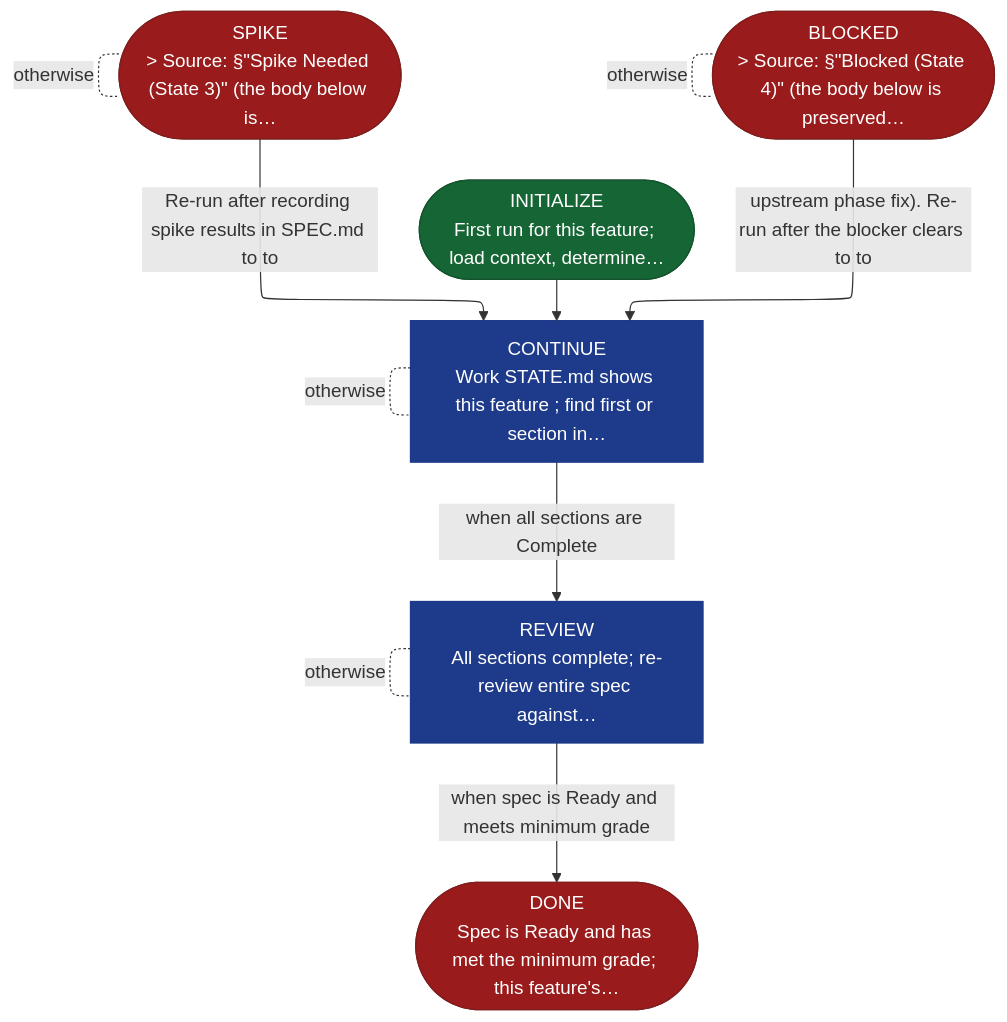
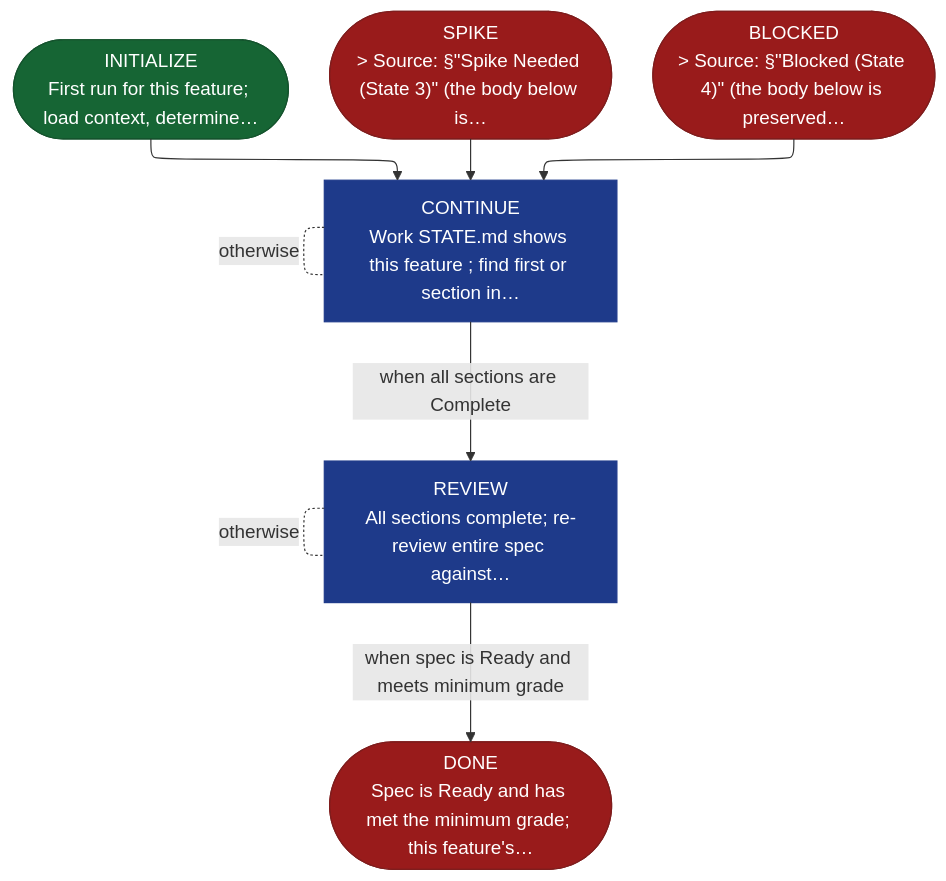
Before and after one commit to AndreVianna/aid-methodology: the diagram in site/src/content/docs/skills/aid-specify.md, drawn with Mermaid. The commit also changed 9 other files, not shown here.

````diff
--- a/site/src/content/docs/skills/aid-specify.md
+++ b/site/src/content/docs/skills/aid-specify.md
@@ -20,45 +20,43 @@
 ```mermaid
 ---
 config:
   layout: elk
   flowchart:
     nodeSpacing: 55
     rankSpacing: 65
     padding: 12
     useMaxWidth: true
 ---
 flowchart TB
   classDef aidNode color:#fff
   classDef aidEntry fill:#166534,stroke:#14532d,color:#fff
   classDef aidExit fill:#991b1b,stroke:#7f1d1d,color:#fff
   classDef aidDecision fill:#92400e,stroke:#78350f,color:#fff
   classDef aidLoopBack fill:#1e3a8a,stroke:#1e3a8a,color:#fff
   classDef aidStep fill:#1a2035,stroke:#d4a853,color:#f1f5f9
   n1(["INITIALIZE<br/>First run for this feature; load context, determine…"])
   n2["CONTINUE<br/>Work STATE.md shows this feature ; find first or section in…"]
   n3(["SPIKE<br/>&gt; Source: §&quot;Spike Needed (State 3)&quot; (the body below is…"])
   n4(["BLOCKED<br/>&gt; Source: §&quot;Blocked (State 4)&quot; (the body below is preserved…"])
   n5["REVIEW<br/>All sections complete; re-review entire spec against…"]
   n6(["DONE<br/>Spec is Ready and has met the minimum grade; this feature's…"])
   n1 --> n2
   n2 -. "otherwise" .- n2
   n2 -->|"when all sections are Complete"| n5
-  n3 -->|"Re-run after recording spike results in SPEC.md to to"| n2
-  n3 -. "otherwise" .- n3
-  n4 -->|"upstream phase fix). Re-run after the blocker clears to to"| n2
-  n4 -. "otherwise" .- n4
+  n3 --> n2
+  n4 --> n2
   n5 -. "otherwise" .- n5
   n5 -->|"when spec is Ready and meets minimum grade"| n6
   class n1 aidEntry
   class n2 aidLoopBack
   class n3 aidExit
   class n4 aidExit
   class n5 aidLoopBack
   class n6 aidExit
   class n1 aidNode
   class n2 aidNode
   class n3 aidNode
   class n4 aidNode
   class n5 aidNode
   class n6 aidNode
 ```
````
